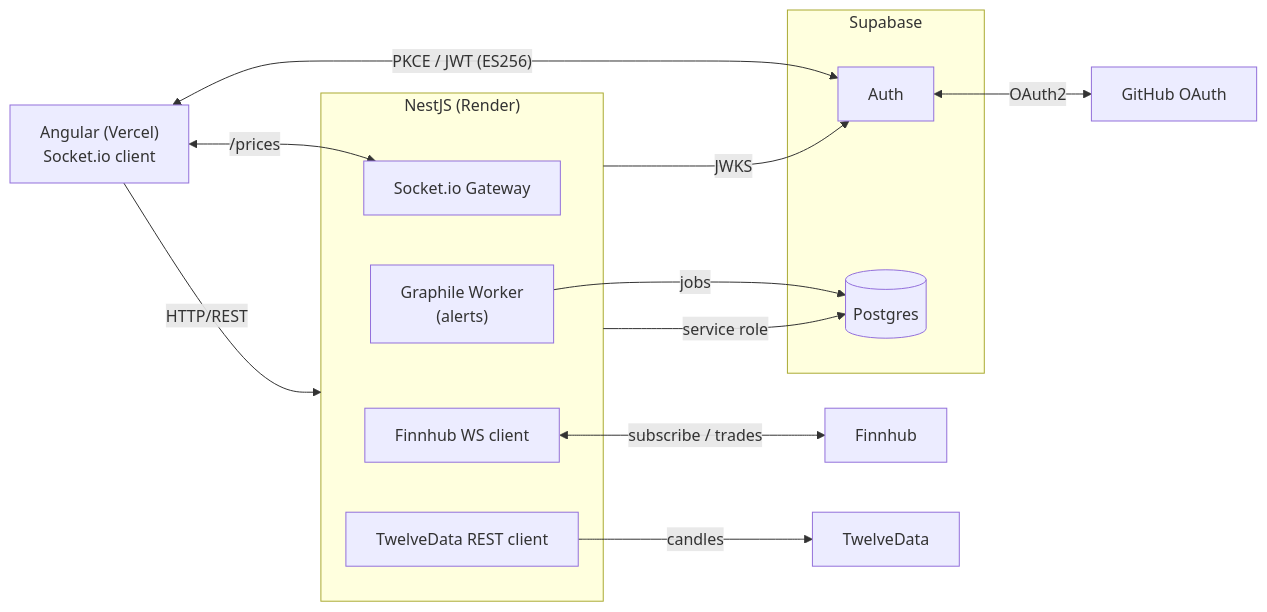
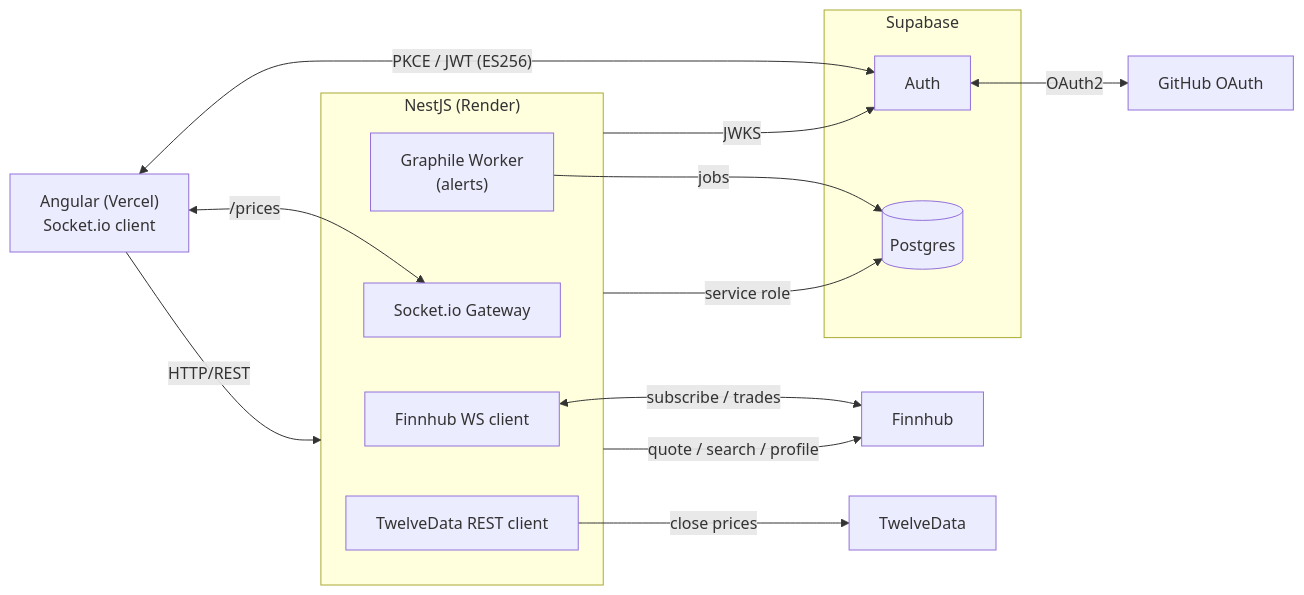
Before and after one commit to toruiwasa/pulseticker: the diagram in README.md, drawn with Mermaid. The commit also changed other lines of this file, not shown here.

````diff
--- a/README.md
+++ b/README.md
@@ -19,29 +19,30 @@
 ```mermaid
 flowchart LR
     web["Angular (Vercel)<br/>Socket.io client"]
     gh["GitHub OAuth"]
     finnhub["Finnhub"]
     twelvedata["TwelveData"]
 
     subgraph api["NestJS (Render)"]
         gateway["Socket.io Gateway"]
         finnhubSvc["Finnhub WS client"]
         worker["Graphile Worker<br/>(alerts)"]
         twelveSvc["TwelveData REST client"]
     end
 
     subgraph supabase["Supabase"]
         auth["Auth"]
         pg[("Postgres")]
     end
 
     web -->|HTTP/REST| api
     web <-->|"/prices"| gateway
     web <-->|"PKCE / JWT (ES256)"| auth
     auth <-->|OAuth2| gh
     api -->|JWKS| auth
     api -->|service role| pg
     finnhubSvc <-->|"subscribe / trades"| finnhub
-    twelveSvc -->|candles| twelvedata
+    api -->|"quote / search / profile"| finnhub
+    twelveSvc -->|"close prices"| twelvedata
     worker -->|jobs| pg
 ```
````
